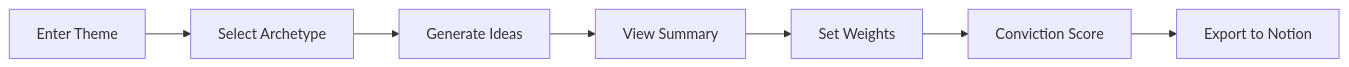
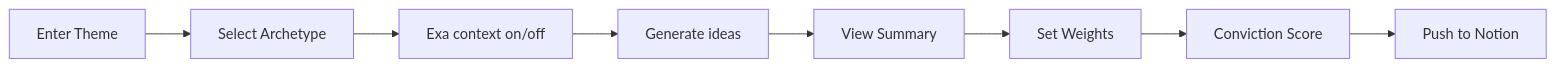
Before and after one commit to dchong1/project_jam: the second of 4 diagrams in README.md, drawn with Mermaid. The commit also changed other lines of this file, not shown here.

First line of the commit message:
docs: README updates for Exa RAG, CLI/Streamlit flow, architecture

````diff
--- a/README.md
+++ b/README.md
@@ -83,9 +93,10 @@
 ```mermaid
 flowchart LR
     A[Enter Theme] --> B[Select Archetype]
-    B --> C[Generate Ideas]
+    B --> B2[Exa context on/off]
+    B2 --> C[Generate ideas]
     C --> D[View Summary]
     D --> E[Set Weights]
     E --> F[Conviction Score]
-    F --> G[Export to Notion]
+    F --> G[Push to Notion]
 ```
````
